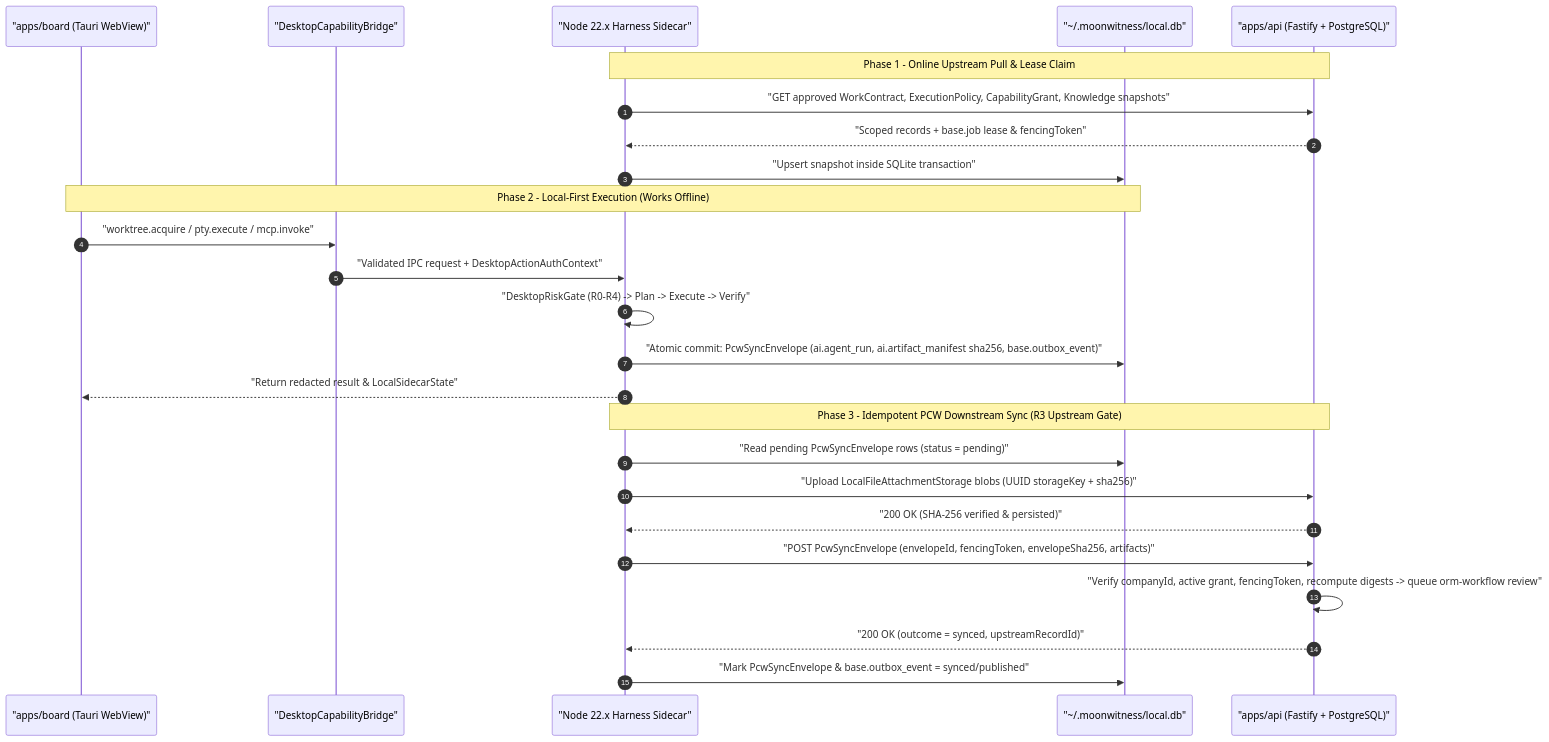
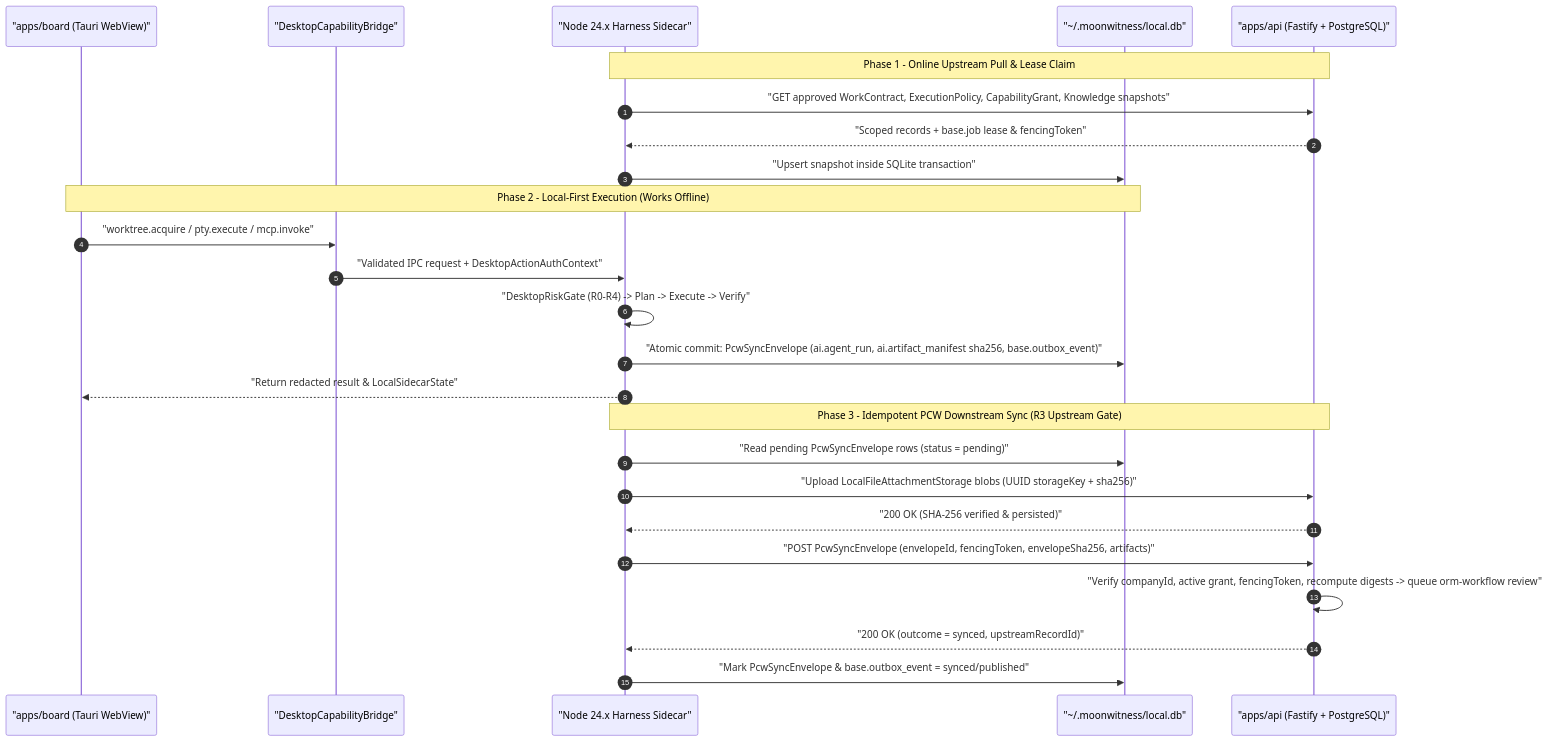
The second of 3 diagrams in docs/architecture/desktop-local-first-harness.md (A-L-L-A-H/mw-xv), drawn with Mermaid before and after one commit. The commit also changed other lines of this file, not shown here.

Commit message:
docs(runtime): align Node.js policy to 24

````diff
--- a/docs/architecture/desktop-local-first-harness.md
+++ b/docs/architecture/desktop-local-first-harness.md
@@ -111,30 +111,30 @@
 ```mermaid
 sequenceDiagram
   autonumber
   participant Board as "apps/board (Tauri WebView)"
   participant Bridge as "DesktopCapabilityBridge"
-  participant Sidecar as "Node 22.x Harness Sidecar"
+  participant Sidecar as "Node 24.x Harness Sidecar"
   participant LocalDB as "~/.moonwitness/local.db"
   participant API as "apps/api (Fastify + PostgreSQL)"
 
   Note over Sidecar,API: Phase 1 - Online Upstream Pull & Lease Claim
   Sidecar->>API: "GET approved WorkContract, ExecutionPolicy, CapabilityGrant, Knowledge snapshots"
   API-->>Sidecar: "Scoped records + base.job lease & fencingToken"
   Sidecar->>LocalDB: "Upsert snapshot inside SQLite transaction"
 
   Note over Board,LocalDB: Phase 2 - Local-First Execution (Works Offline)
   Board->>Bridge: "worktree.acquire / pty.execute / mcp.invoke"
   Bridge->>Sidecar: "Validated IPC request + DesktopActionAuthContext"
   Sidecar->>Sidecar: "DesktopRiskGate (R0-R4) -> Plan -> Execute -> Verify"
   Sidecar->>LocalDB: "Atomic commit: PcwSyncEnvelope (ai.agent_run, ai.artifact_manifest sha256, base.outbox_event)"
   Sidecar-->>Board: "Return redacted result & LocalSidecarState"
 
   Note over Sidecar,API: Phase 3 - Idempotent PCW Downstream Sync (R3 Upstream Gate)
   Sidecar->>LocalDB: "Read pending PcwSyncEnvelope rows (status = pending)"
   Sidecar->>API: "Upload LocalFileAttachmentStorage blobs (UUID storageKey + sha256)"
   API-->>Sidecar: "200 OK (SHA-256 verified & persisted)"
   Sidecar->>API: "POST PcwSyncEnvelope (envelopeId, fencingToken, envelopeSha256, artifacts)"
   API->>API: "Verify companyId, active grant, fencingToken, recompute digests -> queue orm-workflow review"
   API-->>Sidecar: "200 OK (outcome = synced, upstreamRecordId)"
   Sidecar->>LocalDB: "Mark PcwSyncEnvelope & base.outbox_event = synced/published"
 ```
````
